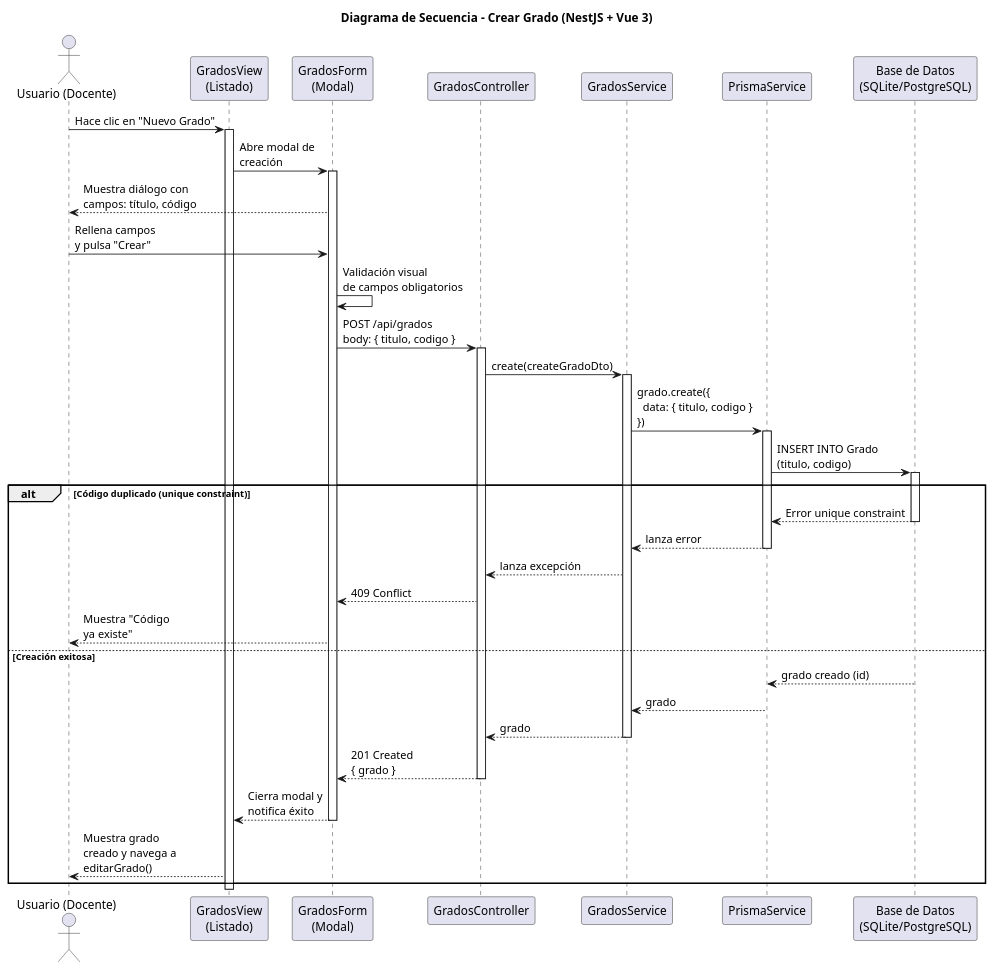
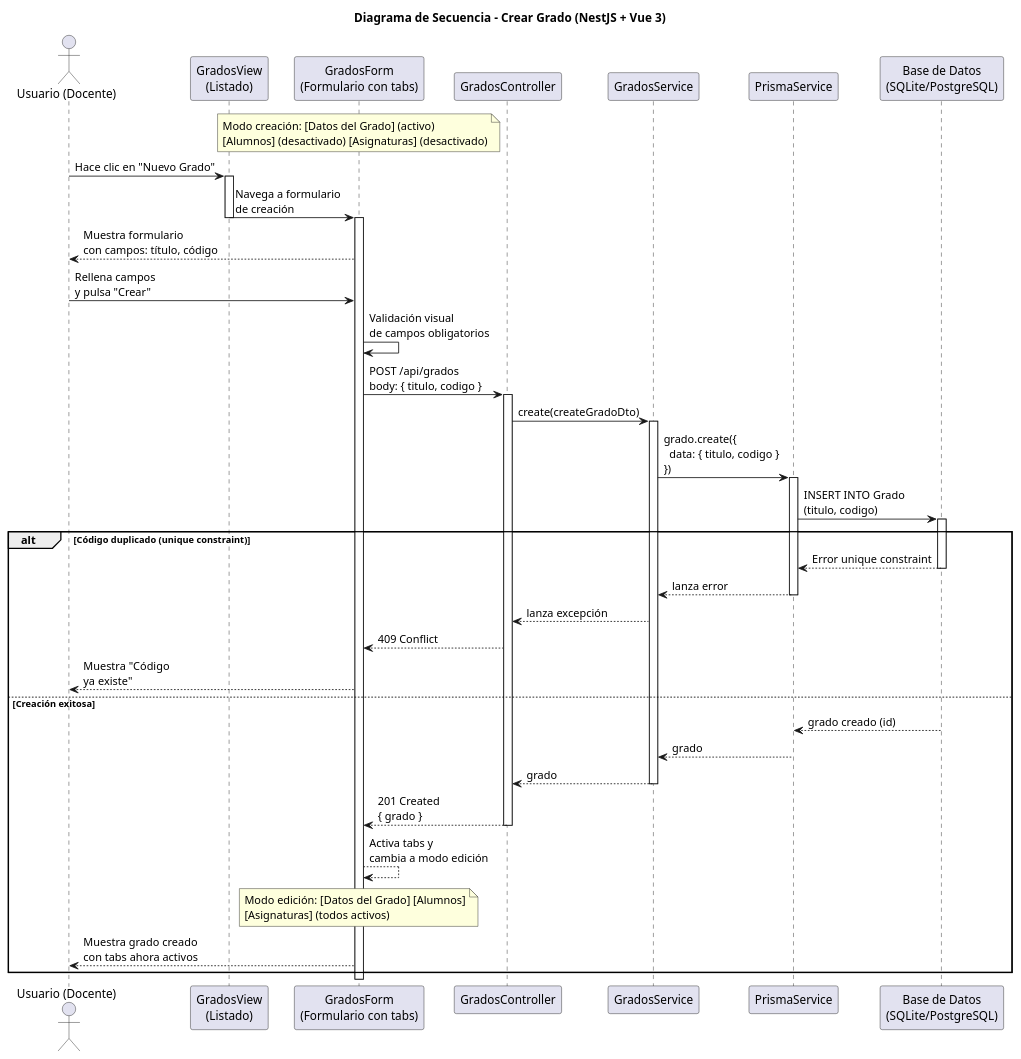
The diagram in documents/diseño/crearGrado/README.md (marcosgutierrez6/25-26-idsw2-sdVC), drawn with PlantUML before and after one commit. The commit also changed other lines of this file and 14 other files, not shown here.

````diff
--- a/documents/diseño/crearGrado/README.md
+++ b/documents/diseño/crearGrado/README.md
@@ -30,61 +30,62 @@
 ```plantuml
 @startuml
 title Diagrama de Secuencia - Crear Grado (NestJS + Vue 3)
 
 actor "Usuario (Docente)" as User
 participant "GradosView\n(Listado)" as List
-participant "GradosForm\n(Modal)" as Form
+participant "GradosForm\n(Formulario con tabs)" as Form
 participant "GradosController" as Controller
 participant "GradosService" as Service
 participant "PrismaService" as Prisma
 participant "Base de Datos\n(SQLite/PostgreSQL)" as DB
 
+note over Form : Modo creación: [Datos del Grado] (activo)\n[Alumnos] (desactivado) [Asignaturas] (desactivado)
+
 User -> List: Hace clic en "Nuevo Grado"
 activate List
 
-List -> Form: Abre modal de\ncreación
+List -> Form: Navega a formulario\nde creación
+deactivate List
 activate Form
-Form --> User: Muestra diálogo con\ncampos: título, código
+Form --> User: Muestra formulario\ncon campos: título, código
 
 User -> Form: Rellena campos\ny pulsa "Crear"
 Form -> Form: Validación visual\nde campos obligatorios
 
 Form -> Controller: POST /api/grados\nbody: { titulo, codigo }
 activate Controller
 
 Controller -> Service: create(createGradoDto)
 activate Service
 
 Service -> Prisma: grado.create({\n  data: { titulo, codigo }\n})
 activate Prisma
 Prisma -> DB: INSERT INTO Grado\n(titulo, codigo)
 activate DB
 
 alt Código duplicado (unique constraint)
   DB --> Prisma: Error unique constraint
   deactivate DB
   Prisma --> Service: lanza error
   deactivate Prisma
   Service --> Controller: lanza excepción
   Controller --> Form: 409 Conflict
   Form --> User: Muestra "Código\nya existe"
 else Creación exitosa
   DB --> Prisma: grado creado (id)
   deactivate DB
   Prisma --> Service: grado
   deactivate Prisma
 
   Service --> Controller: grado
   deactivate Service
   Controller --> Form: 201 Created\n{ grado }
   deactivate Controller
 
-  Form --> List: Cierra modal y\nnotifica éxito
-  deactivate Form
-  List --> User: Muestra grado\ncreado y navega a\neditarGrado()
+  Form --> Form: Activa tabs y\ncambia a modo edición
+  note over Form : Modo edición: [Datos del Grado] [Alumnos]\n[Asignaturas] (todos activos)
+  Form --> User: Muestra grado creado\ncon tabs ahora activos
 end
-
-deactivate List
 
 @enduml
 ```
````
